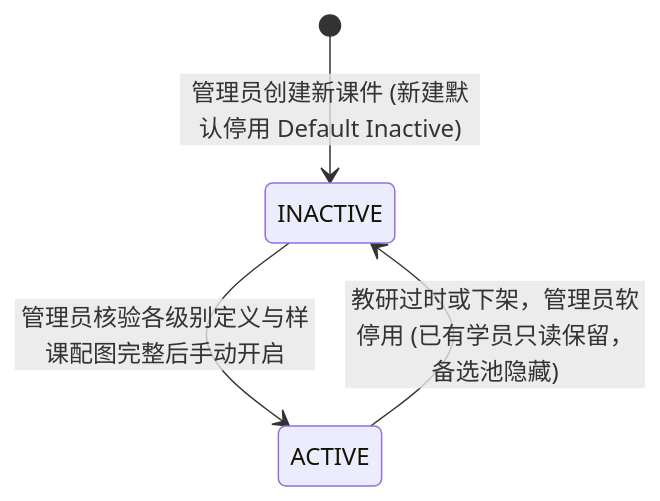
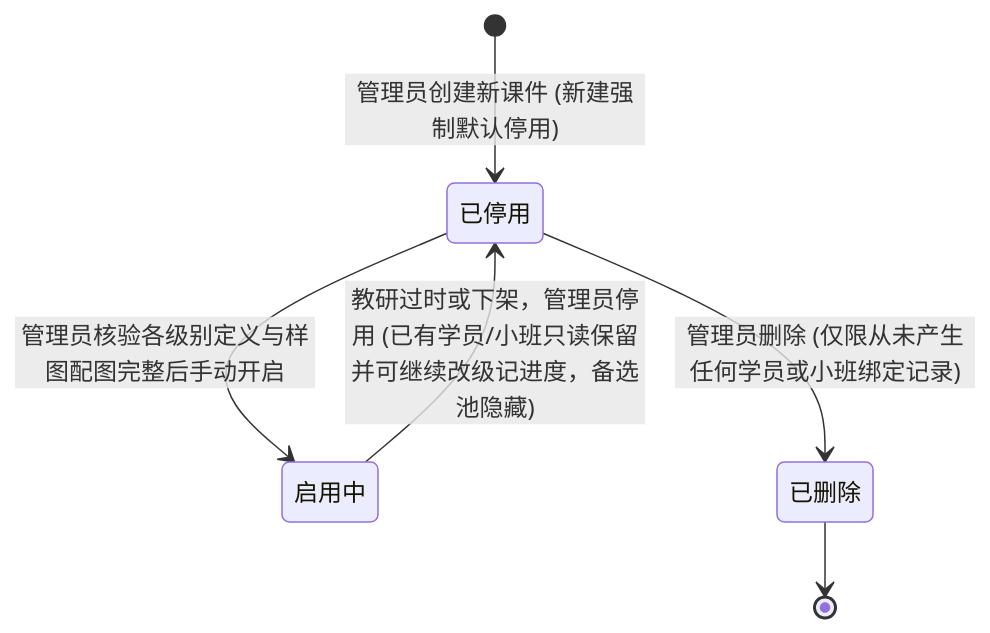
The third of 5 diagrams in docs/prd/m1e_courseware.md (Onezao/dream), drawn with Mermaid before and after one commit. The commit also changed other lines of this file and 38 other files, not shown here.

````diff
--- a/docs/prd/m1e_courseware.md
+++ b/docs/prd/m1e_courseware.md
@@ -119,6 +128,8 @@
 ```mermaid
 stateDiagram-v2
-    [*] --> INACTIVE: 管理员创建新课件 (新建默认停用 Default Inactive)
-    INACTIVE --> ACTIVE: 管理员核验各级别定义与样课配图完整后手动开启
-    ACTIVE --> INACTIVE: 教研过时或下架，管理员软停用 (已有学员只读保留，备选池隐藏)
+    [*] --> 已停用: 管理员创建新课件 (新建强制默认停用)
+    已停用 --> 启用中: 管理员核验各级别定义与样图配图完整后手动开启
+    启用中 --> 已停用: 教研过时或下架，管理员停用 (已有学员/小班只读保留并可继续改级记进度，备选池隐藏)
+    已停用 --> 已删除: 管理员删除 (仅限从未产生任何学员或小班绑定记录)
+    已删除 --> [*]
 ```
````
